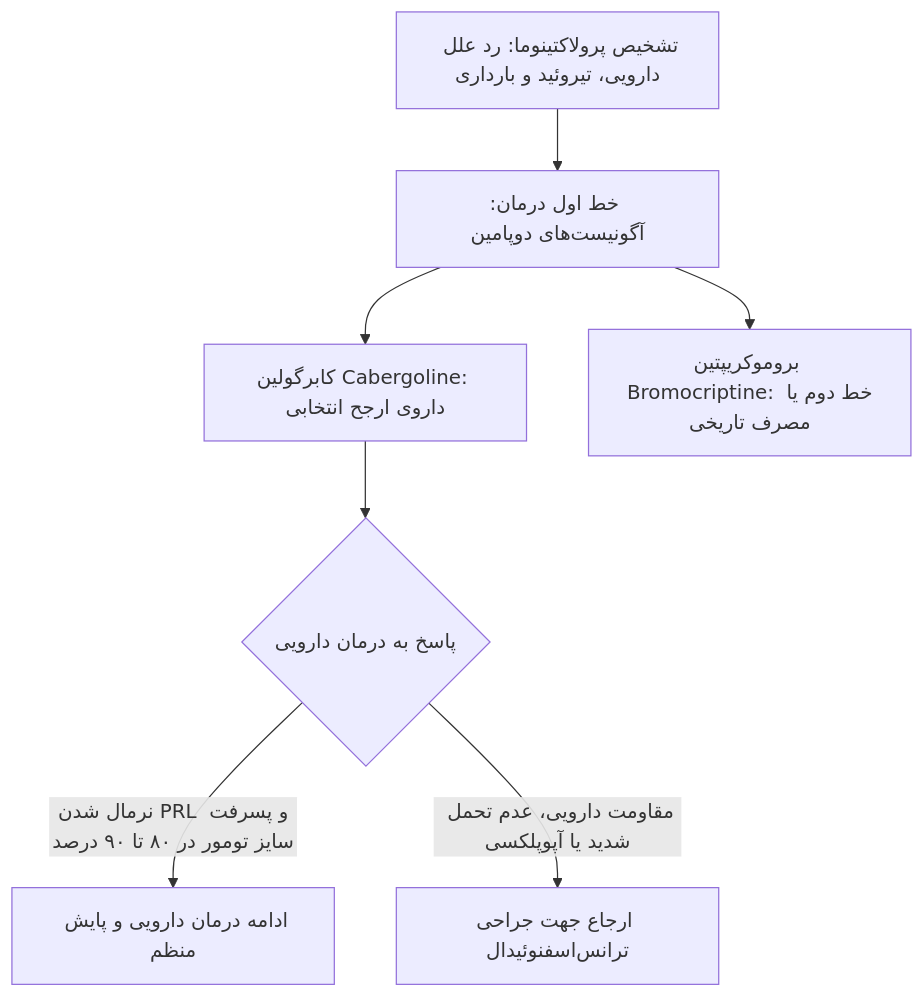
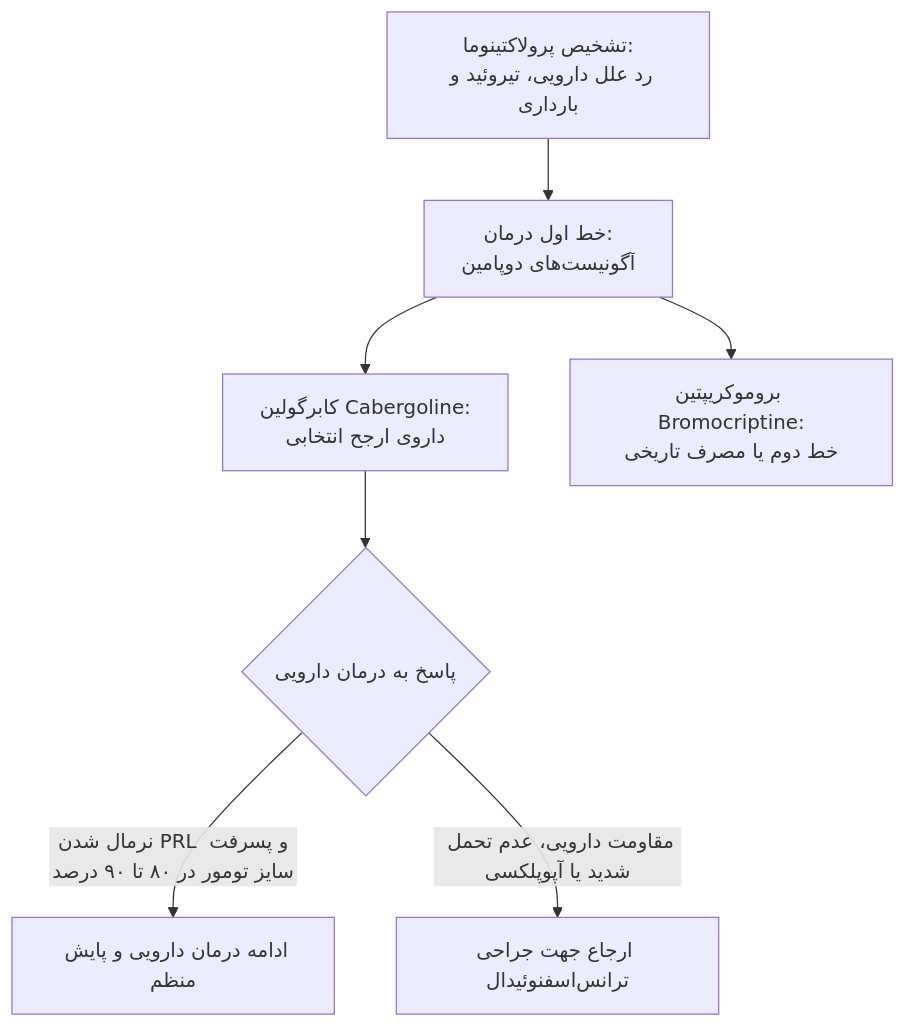
The fifth of 6 diagrams in 07/مبانی غدد/هیپوفیز قدامی و هیپوتالاموس.md (neopulse-hub/TUMS-1402-1-neo), drawn with Mermaid before and after one commit. The commit also changed other lines of this file, not shown here.

````diff
--- a/07/مبانی غدد/هیپوفیز قدامی و هیپوتالاموس.md
+++ b/07/مبانی غدد/هیپوفیز قدامی و هیپوتالاموس.md
@@ -274,11 +274,11 @@
 ```mermaid
 flowchart TD
-    DiagPRL[تشخیص پرولاکتینوما: رد علل دارویی، تیروئید و بارداری] --> FirstLine[خط اول درمان: آگونیست‌های دوپامین]
+    DiagPRL[تشخیص پرولاکتینوما:<br>رد علل دارویی، تیروئید و بارداری] --> FirstLine[خط اول درمان:<br>آگونیست‌های دوپامین]
     
-    FirstLine --> ChoiceCab[کابرگولین Cabergoline: داروی ارجح انتخابی]
-    FirstLine --> ChoiceBrom[بروموکریپتین Bromocriptine: خط دوم یا مصرف تاریخی]
+    FirstLine --> ChoiceCab[کابرگولین Cabergoline:<br>داروی ارجح انتخابی]
+    FirstLine --> ChoiceBrom[بروموکریپتین Bromocriptine:<br>خط دوم یا مصرف تاریخی]
     
     ChoiceCab --> Response{پاسخ به درمان دارویی}
     Response -->|نرمال شدن PRL و پسرفت سایز تومور در ۸۰ تا ۹۰ درصد| ContinueMed[ادامه درمان دارویی و پایش منظم]
     Response -->|مقاومت دارویی، عدم تحمل شدید یا آپوپلکسی| SurgIndication[ارجاع جهت جراحی ترانس‌اسفنوئیدال]
 ```
````
